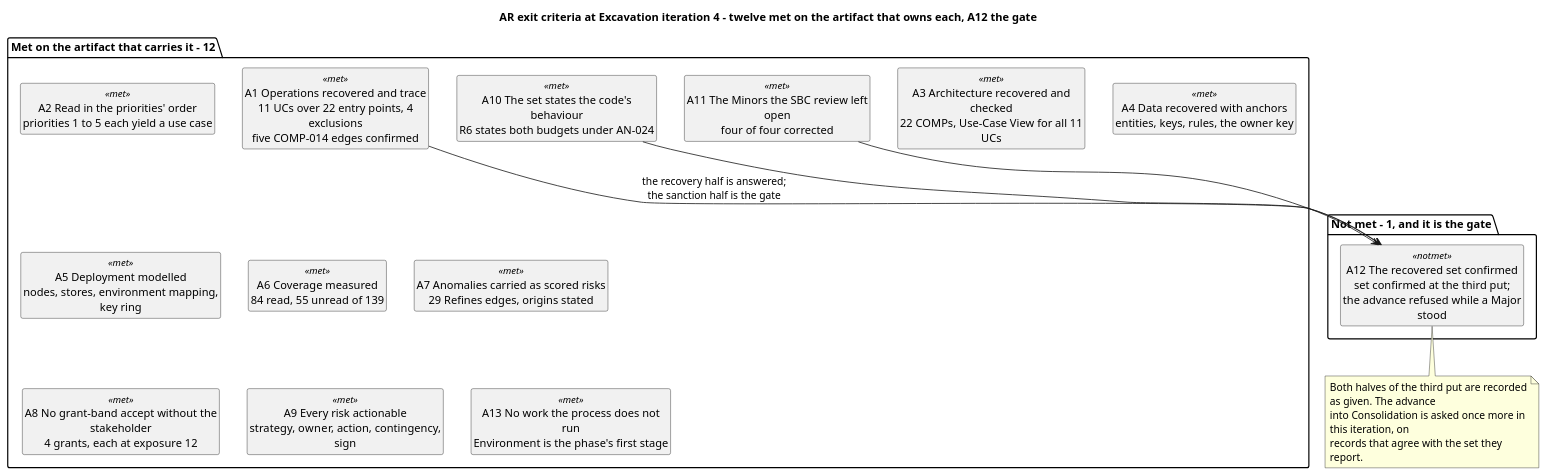
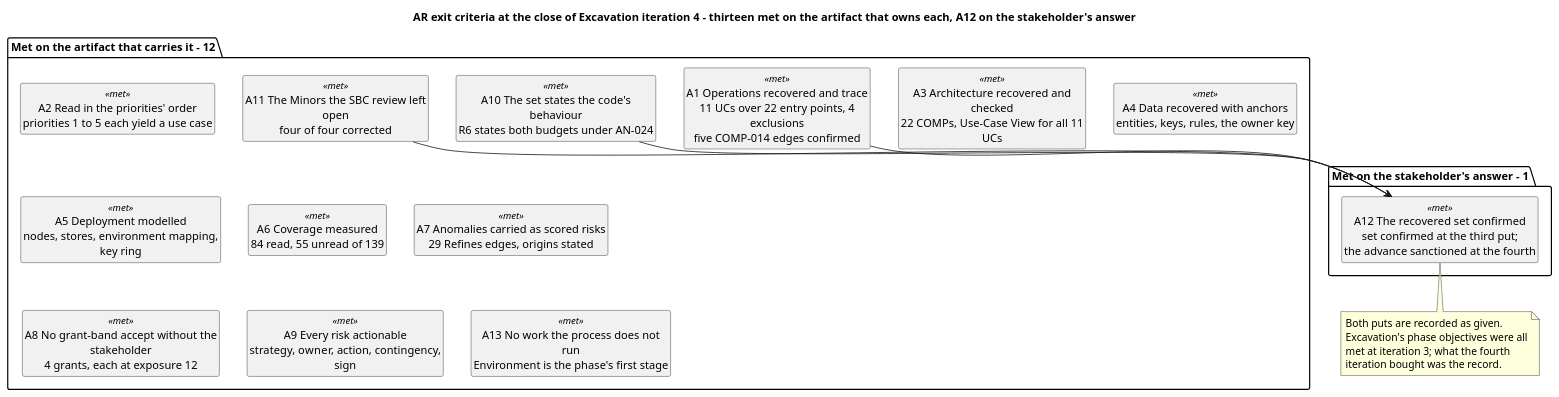
Before and after one commit to banense-test/TodoApp: the sixth of 6 diagrams in docs/artifacts/project-management/iteration-plan.md, drawn with PlantUML. The commit also changed other lines of this file, not shown here.

First line of the commit message:
Project Manager [Excavation4]: upsert Iteration Plan

````diff
--- a/docs/artifacts/project-management/iteration-plan.md
+++ b/docs/artifacts/project-management/iteration-plan.md
@@ -403,38 +403,37 @@
 ```plantuml
 @startuml
-title AR exit criteria at Excavation iteration 4 - twelve met on the artifact that owns each, A12 the gate
+title AR exit criteria at the close of Excavation iteration 4 - thirteen met on the artifact that owns each, A12 on the stakeholder's answer
 skinparam shadowing false
 skinparam wrapWidth 250
 hide circle
 hide empty members
 
 package "Met on the artifact that carries it - 12" {
   class "A1 Operations recovered and trace\n11 UCs over 22 entry points, 4 exclusions\nfive COMP-014 edges confirmed" as A1 <<met>>
   class "A2 Read in the priorities' order\npriorities 1 to 5 each yield a use case" as A2 <<met>>
   class "A3 Architecture recovered and checked\n22 COMPs, Use-Case View for all 11 UCs" as A3 <<met>>
   class "A4 Data recovered with anchors\nentities, keys, rules, the owner key" as A4 <<met>>
   class "A5 Deployment modelled\nnodes, stores, environment mapping, key ring" as A5 <<met>>
   class "A6 Coverage measured\n84 read, 55 unread of 139" as A6 <<met>>
   class "A7 Anomalies carried as scored risks\n29 Refines edges, origins stated" as A7 <<met>>
   class "A8 No grant-band accept without the stakeholder\n4 grants, each at exposure 12" as A8 <<met>>
   class "A9 Every risk actionable\nstrategy, owner, action, contingency, sign" as A9 <<met>>
   class "A10 The set states the code's behaviour\nR6 states both budgets under AN-024" as A10 <<met>>
   class "A11 The Minors the SBC review left open\nfour of four corrected" as A11 <<met>>
   class "A13 No work the process does not run\nEnvironment is the phase's first stage" as A13 <<met>>
 }
 
-package "Not met - 1, and it is the gate" {
-  class "A12 The recovered set confirmed\nset confirmed at the third put;\nthe advance refused while a Major stood" as A12 <<notmet>>
+package "Met on the stakeholder's answer - 1" {
+  class "A12 The recovered set confirmed\nset confirmed at the third put;\nthe advance sanctioned at the fourth" as A12 <<met>>
 }
 
-A1 --> A12 : the recovery half is answered;\nthe sanction half is the gate
+A1 --> A12
 A10 --> A12
 A11 --> A12
 
 note bottom of A12
-  Both halves of the third put are recorded as given. The advance
-  into Consolidation is asked once more in this iteration, on
-  records that agree with the set they report.
+  Both puts are recorded as given. Excavation's phase objectives were all
+  met at iteration 3; what the fourth iteration bought was the record.
 end note
 @enduml
 ```
````
